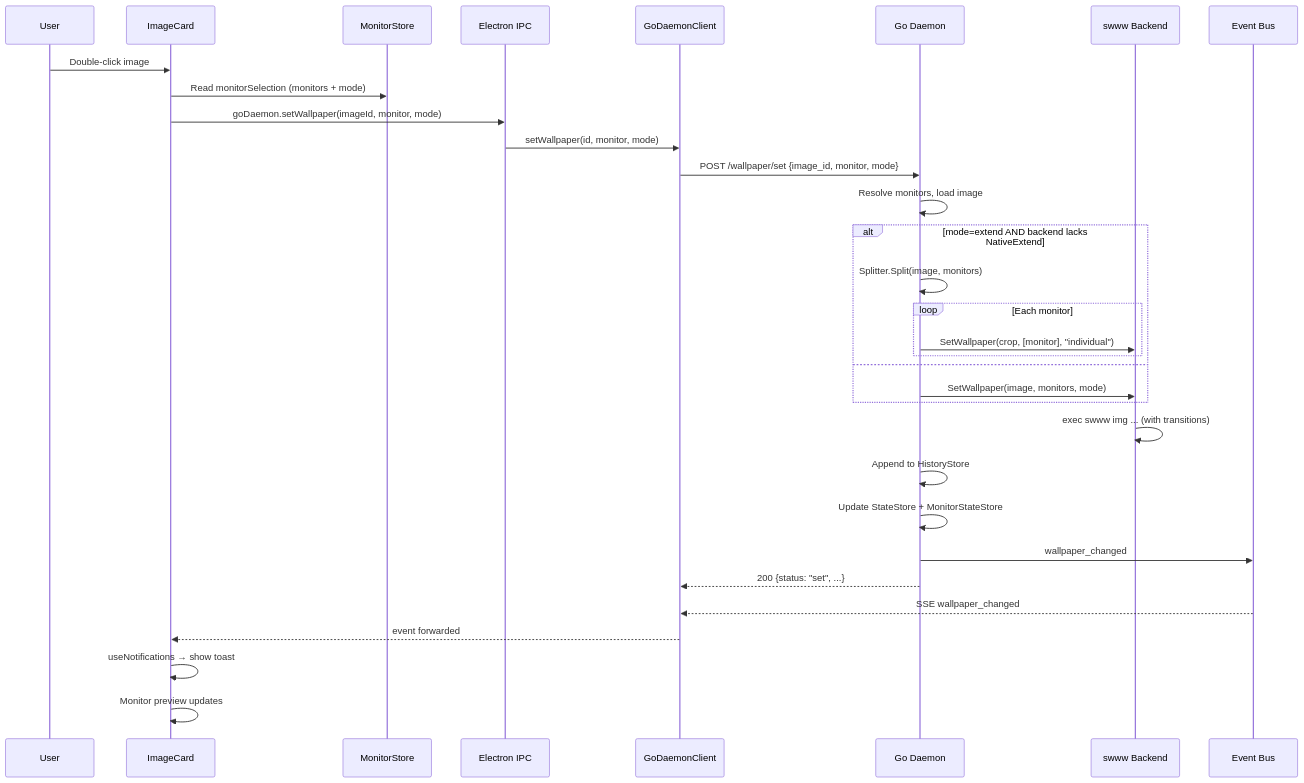
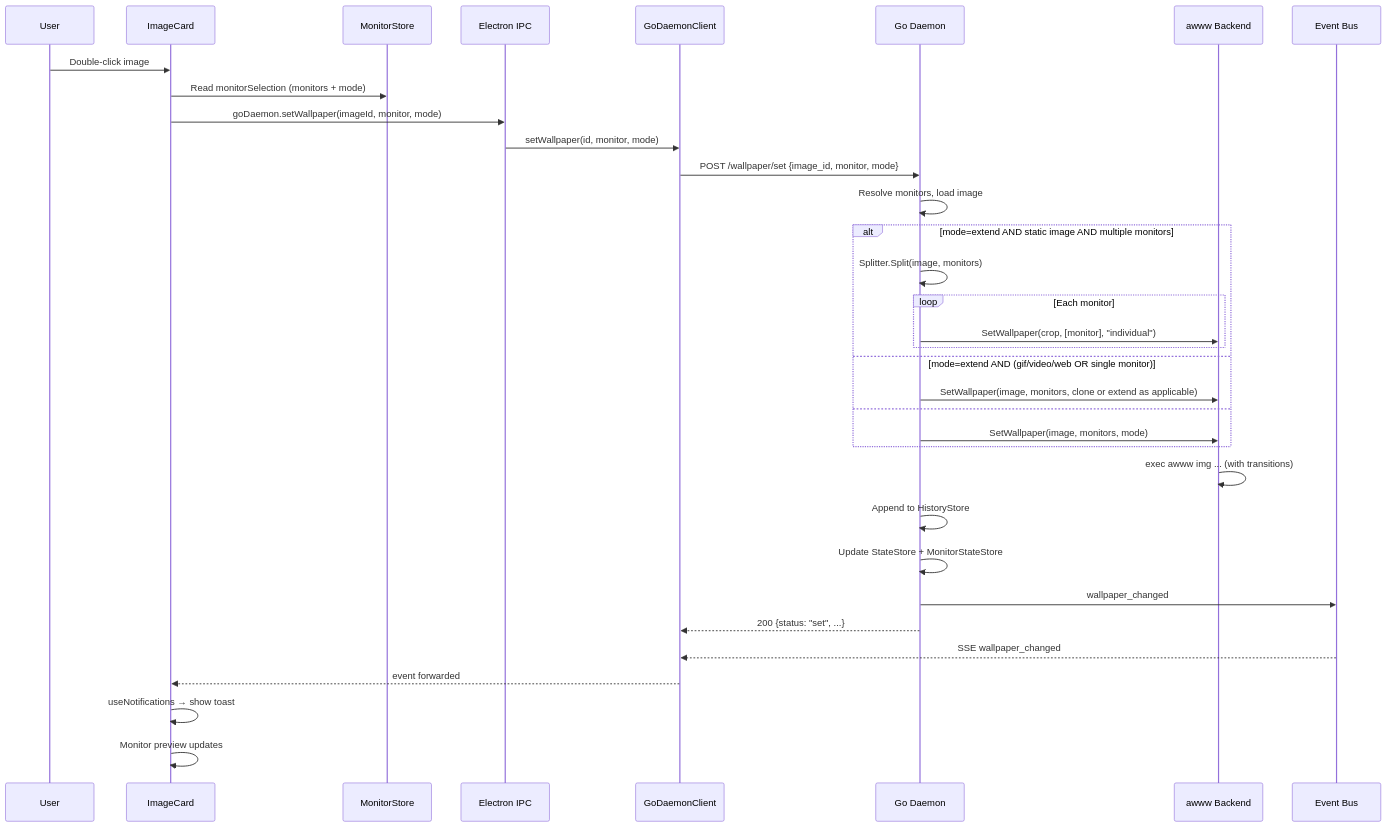
The sixth of 9 diagrams in docs/ARCHITECTURE.md (0bCdian/Waypaper-Engine), drawn with Mermaid before and after one commit. The commit also changed other lines of this file and 86 other files, not shown here.

First line of the commit message:
feat(daemon): wayland-utauri integration and backend refactor

````diff
--- a/docs/ARCHITECTURE.md
+++ b/docs/ARCHITECTURE.md
@@ -712,35 +733,37 @@
 ```mermaid
 sequenceDiagram
   participant User
   participant UI as ImageCard
   participant Store as MonitorStore
   participant IPC as Electron IPC
   participant Client as GoDaemonClient
   participant Daemon as Go Daemon
-  participant Backend as swww Backend
+  participant Backend as awww Backend
   participant Bus as Event Bus
 
   User->>UI: Double-click image
   UI->>Store: Read monitorSelection (monitors + mode)
   UI->>IPC: goDaemon.setWallpaper(imageId, monitor, mode)
   IPC->>Client: setWallpaper(id, monitor, mode)
   Client->>Daemon: POST /wallpaper/set {image_id, monitor, mode}
   Daemon->>Daemon: Resolve monitors, load image
-  alt mode=extend AND backend lacks NativeExtend
+  alt mode=extend AND static image AND multiple monitors
     Daemon->>Daemon: Splitter.Split(image, monitors)
     loop Each monitor
       Daemon->>Backend: SetWallpaper(crop, [monitor], "individual")
     end
+  else mode=extend AND (gif/video/web OR single monitor)
+    Daemon->>Backend: SetWallpaper(image, monitors, clone or extend as applicable)
   else
     Daemon->>Backend: SetWallpaper(image, monitors, mode)
   end
-  Backend->>Backend: exec swww img ... (with transitions)
+  Backend->>Backend: exec awww img ... (with transitions)
   Daemon->>Daemon: Append to HistoryStore
   Daemon->>Daemon: Update StateStore + MonitorStateStore
   Daemon->>Bus: wallpaper_changed
   Daemon-->>Client: 200 {status: "set", ...}
   Bus-->>Client: SSE wallpaper_changed
   Client-->>UI: event forwarded
   UI->>UI: useNotifications → show toast
   UI->>UI: Monitor preview updates
 ```
````
